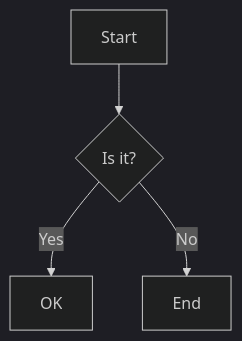
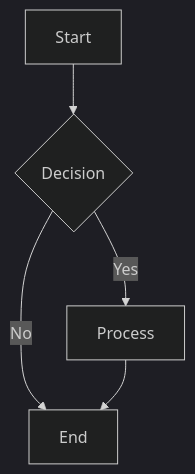
Before and after one commit to hjlarry/dify-plugin-mermaid: the first of 3 diagrams in README.md, drawn with Mermaid (dark theme). The commit also changed other lines of this file and 4 other files, not shown here.

````diff
--- a/README.md
+++ b/README.md
@@ -26,6 +33,7 @@
 ```mermaid
-flowchart TD
-    A[Start] --> B{Is it?};
-    B -- Yes --> C[OK];
-    B -- No --> D[End];
+graph TD
+    A[Start] --> B{Decision}
+    B -->|Yes| C[Process]
+    B -->|No| D[End]
+    C --> D
 ```
````
